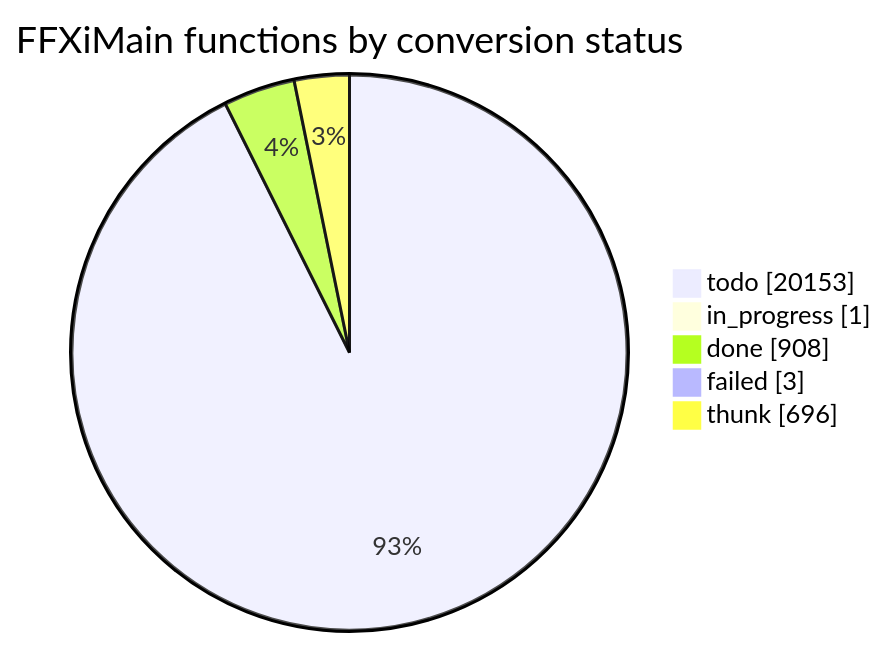
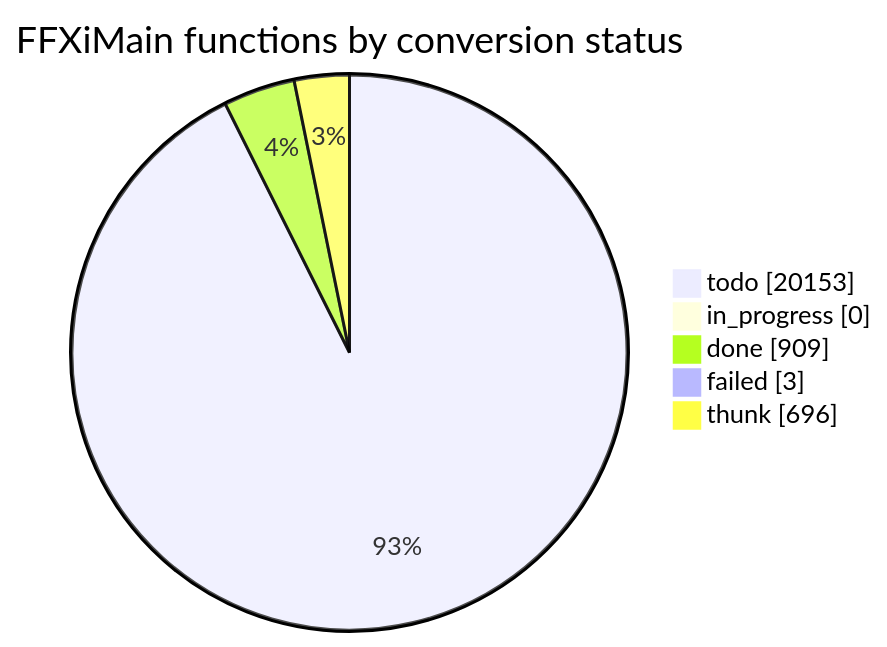
Before and after one commit to cowrevenge/cow_kuluu_xi_anything: the diagram in docs/cow/STATUS.md, drawn with Mermaid. The commit also changed other lines of this file and 9 other files, not shown here.

````diff
--- a/docs/cow/STATUS.md
+++ b/docs/cow/STATUS.md
@@ -18,9 +18,9 @@
 ```mermaid
 pie showData
     title FFXiMain functions by conversion status
     "todo" : 20153
-    "in_progress" : 1
-    "done" : 908
+    "in_progress" : 0
+    "done" : 909
     "failed" : 3
     "thunk" : 696
 ```
````
